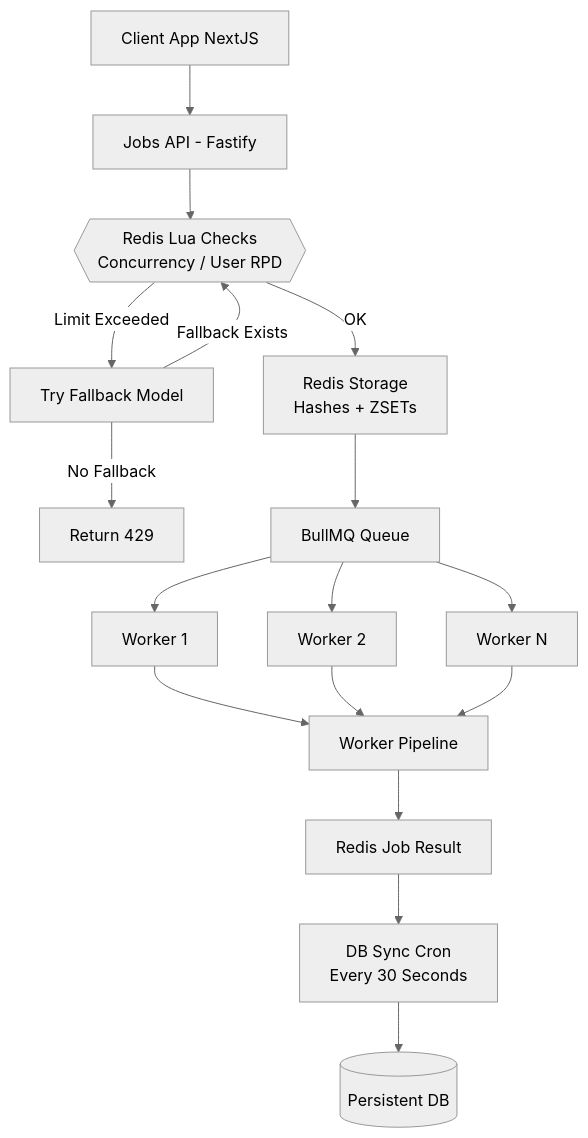
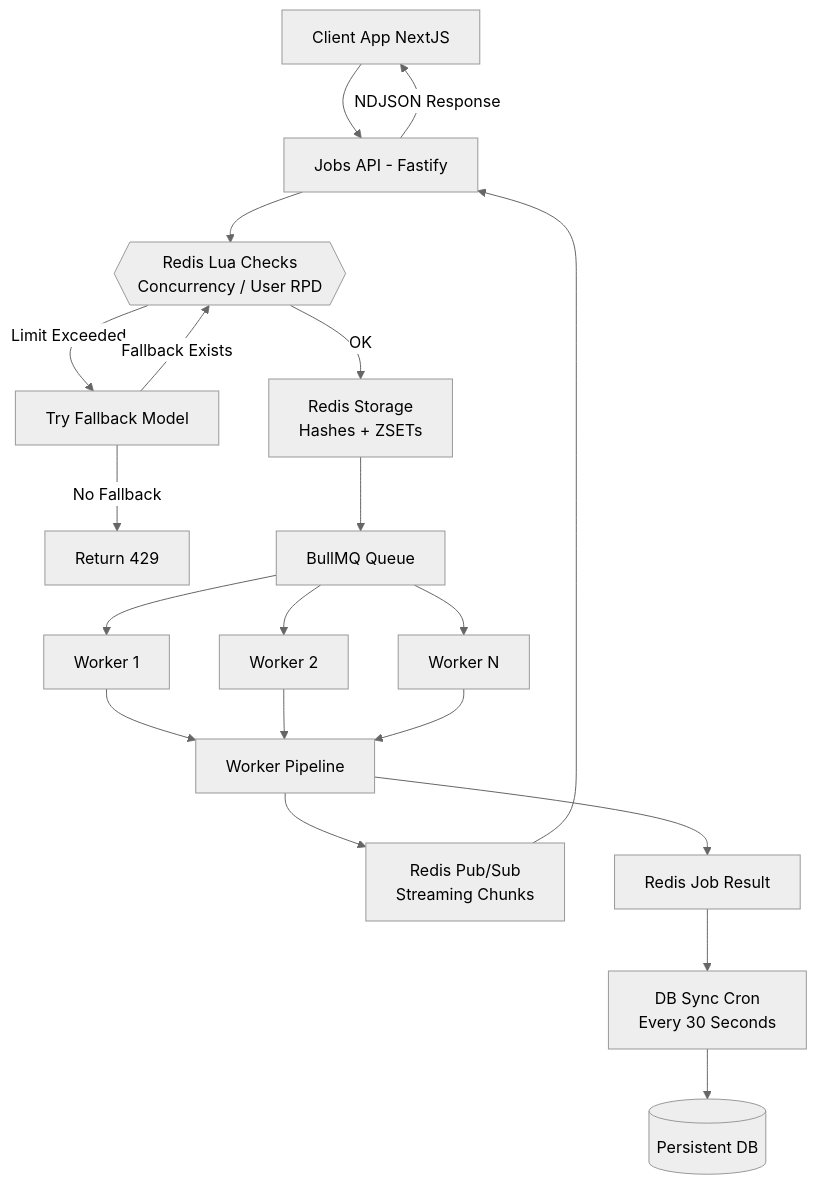
One commit to DmitriyMuliak/z1mak-cv-queue changed the first of 3 diagrams in docs/Architecture.md. Above: the diagram before and after it, drawn with Mermaid (neutral theme). The commit also changed other lines of this file and 30 other files, not shown here.

````diff
--- a/docs/Architecture.md
+++ b/docs/Architecture.md
@@ -28,19 +29,22 @@
 ```mermaid
 flowchart TD
     A[Client App NextJS] --> B[Jobs API - Fastify]
     B --> C{{Redis Lua Checks\nConcurrency / User RPD}}
     C -->|OK| R1[Redis Storage\nHashes + ZSETs]
     C -->|Limit Exceeded| F1[Try Fallback Model]
     F1 -->|Fallback Exists| C
     F1 -->|No Fallback| Z1[Return 429]
     R1 --> Q[BullMQ Queue]
     Q --> W1[Worker 1]
     Q --> W2[Worker 2]
     Q --> W3[Worker N]
     W1 --> P[Worker Pipeline]
     W2 --> P
     W3 --> P
+    P --> STREAM[Redis Pub/Sub\nStreaming Chunks]
+    STREAM --> B
+    B -->|NDJSON Response| A
     P --> R2[Redis Job Result]
     R2 --> CRON[DB Sync Cron\nEvery 30 Seconds]
     CRON --> DB[(Persistent DB)]
 ```
````
